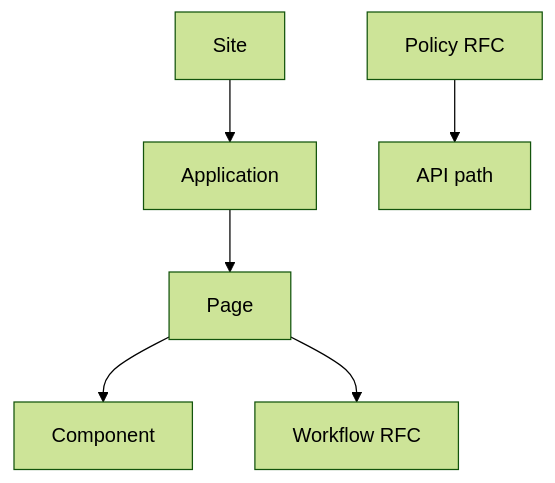
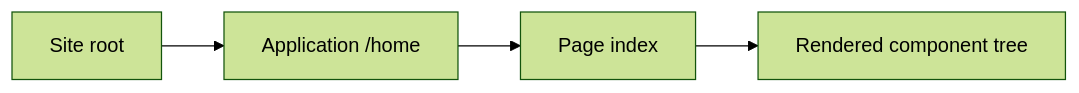
Before and after one commit to taskmigo/docs: the first of 2 diagrams in content/versions/v0/manuals/getting-started.mdx, drawn with Mermaid (forest theme). The commit also changed other lines of this file and 25 other files, not shown here.

````diff
--- a/content/versions/v0/manuals/getting-started.mdx
+++ b/content/versions/v0/manuals/getting-started.mdx
@@ -24,8 +10,6 @@
 ```mermaid
-flowchart TD
-  site["Site"] --> application["Application"]
-  application --> page["Page"]
-  page --> component["Component"]
-  page --> workflow["Workflow RFC"]
-  policy["Policy RFC"] --> api["API path"]
+flowchart LR
+  site["Site root"] --> application["Application /home"]
+  application --> page["Page index"]
+  page --> ui["Rendered component tree"]
 ```
````
